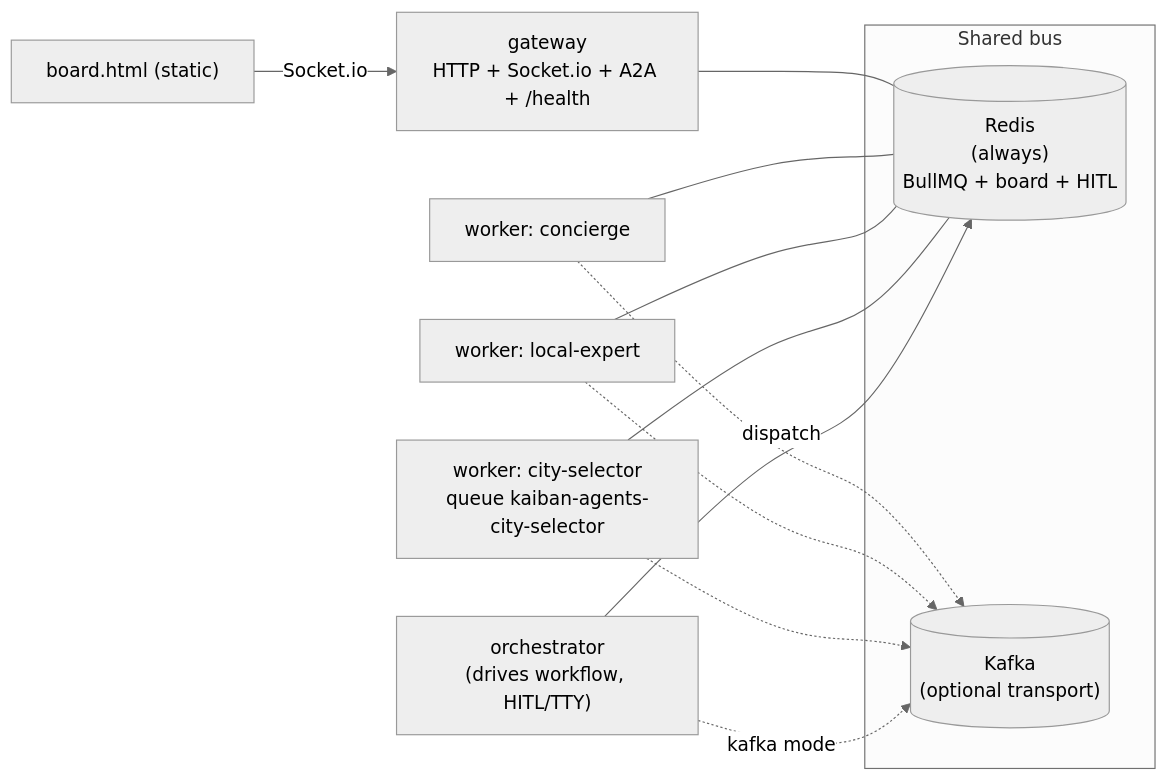
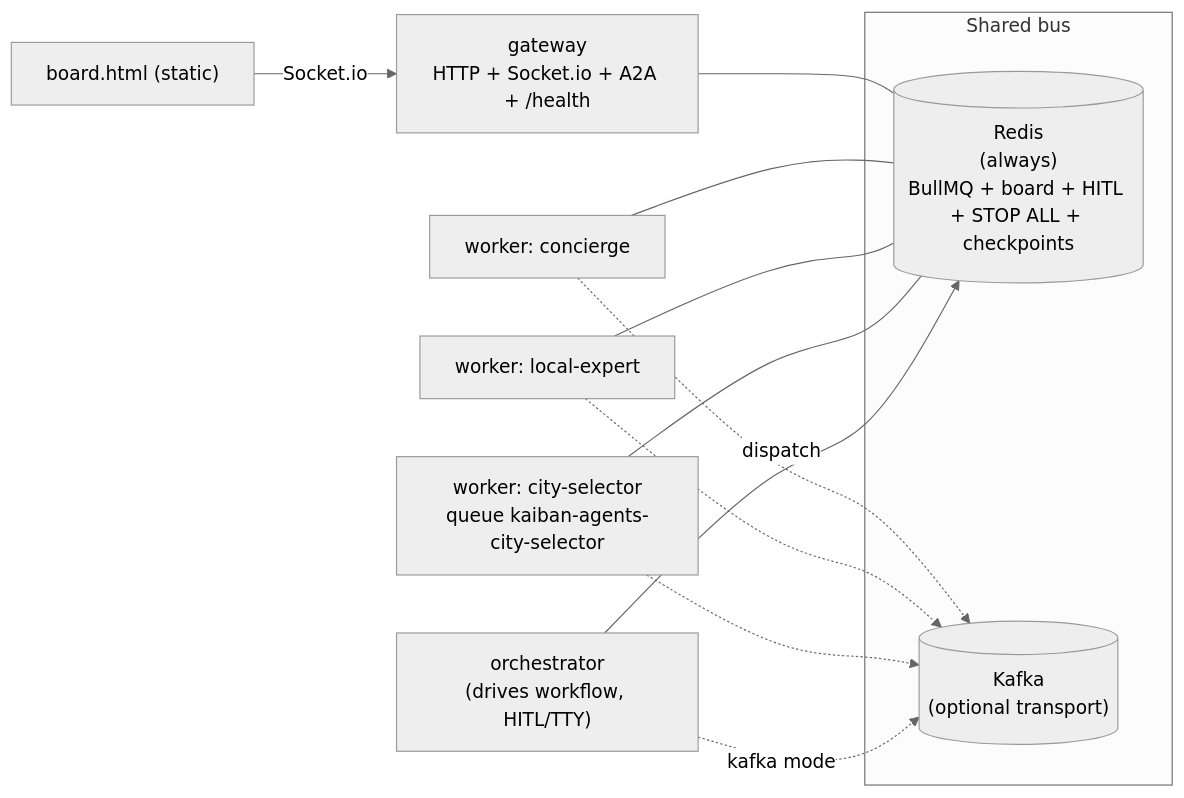
Before and after one commit to andreibesleaga/kaiban-distributed-examples: the first of 2 diagrams in DEPLOYMENT.md, drawn with Mermaid (neutral theme). The commit also changed other lines of this file and 8 other files, not shown here.

Commit message:
docs: production secrets rule, TRUST_PROXY and public URL, offline and CSP notes, architecture channels and topologies, AGENTS tests; viewer banner text; wiring tests

````diff
--- a/DEPLOYMENT.md
+++ b/DEPLOYMENT.md
@@ -90,17 +99,17 @@
 ```mermaid
 flowchart LR
   subgraph bus["Shared bus"]
-    R[("Redis<br/>(always)<br/>BullMQ + board + HITL")]
+    R[("Redis<br/>(always)<br/>BullMQ + board + HITL + STOP ALL + checkpoints")]
     K[("Kafka<br/>(optional transport)")]
   end
   ORCH["orchestrator<br/>(drives workflow, HITL/TTY)"] -->|dispatch| R
   ORCH -.->|kafka mode| K
   A1["worker: city-selector<br/>queue kaiban-agents-city-selector"] --- R
   A2["worker: local-expert"] --- R
   A3["worker: concierge"] --- R
   GW["gateway<br/>HTTP + Socket.io + A2A + /health"] --- R
   BOARD["board.html (static)"] -->|Socket.io| GW
   A1 -.-> K
   A2 -.-> K
   A3 -.-> K
 ```
````
